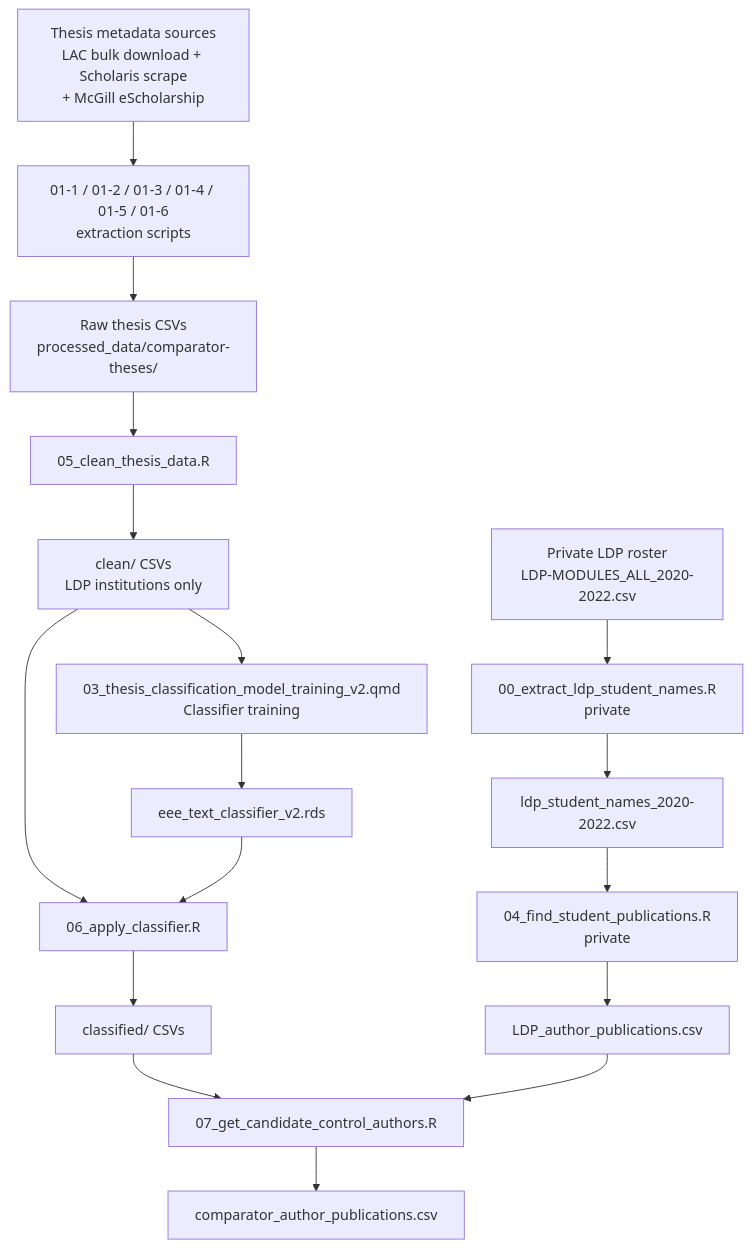
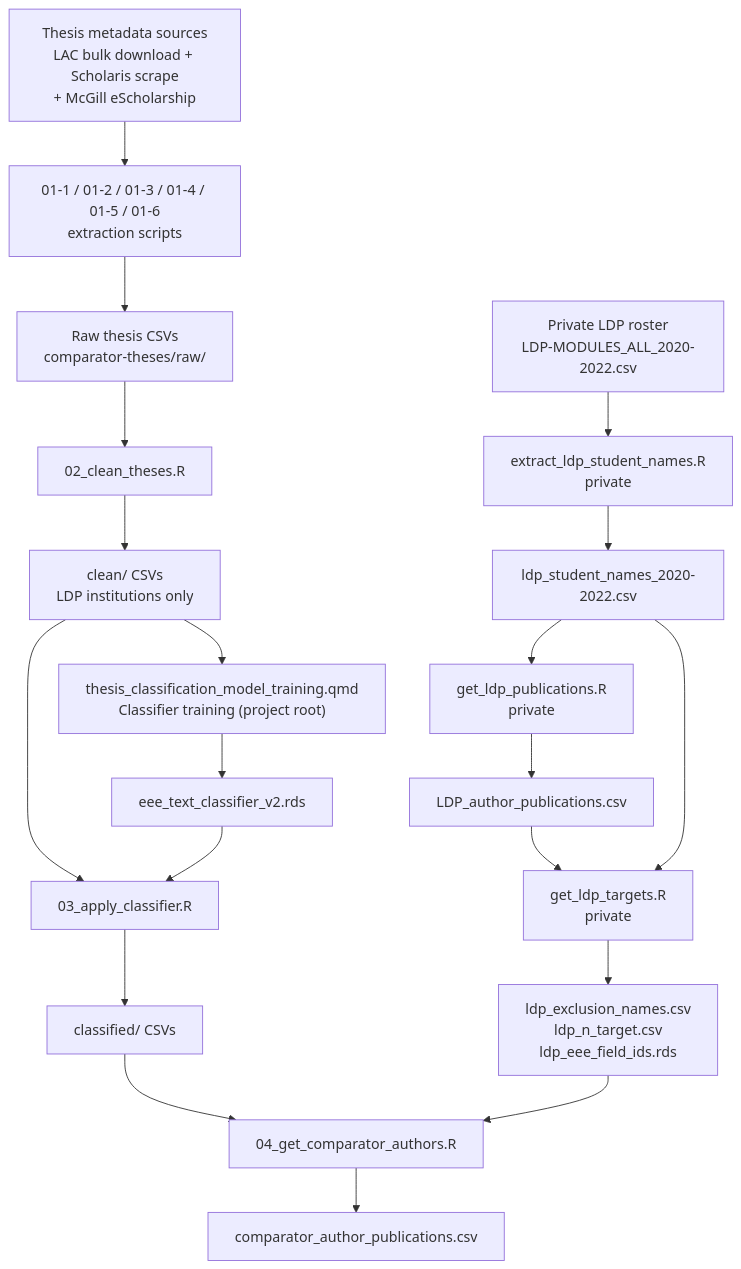
The diagram in README.md (pitherj/LDP_thesis_classification), drawn with Mermaid before and after one commit. The commit also changed other lines of this file, not shown here.

````diff
--- a/README.md
+++ b/README.md
@@ -44,29 +45,32 @@
 ```mermaid
 flowchart TD
     A["Private LDP roster\nLDP-MODULES_ALL_2020-2022.csv"]
-    B["00_extract_ldp_student_names.R\nprivate"]
+    B["extract_ldp_student_names.R\nprivate"]
     C["ldp_student_names_2020-2022.csv"]
-    D["04_find_student_publications.R\nprivate"]
+    D["get_ldp_publications.R\nprivate"]
     E["LDP_author_publications.csv"]
+    T["get_ldp_targets.R\nprivate"]
+    U["ldp_exclusion_names.csv\nldp_n_target.csv\nldp_eee_field_ids.rds"]
 
     F["Thesis metadata sources\nLAC bulk download + Scholaris scrape\n+ McGill eScholarship"]
     G["01-1 / 01-2 / 01-3 / 01-4 / 01-5 / 01-6\nextraction scripts"]
-    H["Raw thesis CSVs\nprocessed_data/comparator-theses/"]
-    I["05_clean_thesis_data.R"]
+    H["Raw thesis CSVs\ncomparator-theses/raw/"]
+    I["02_clean_theses.R"]
     J["clean/ CSVs\nLDP institutions only"]
 
-    K["03_thesis_classification_model_training_v2.qmd\nClassifier training"]
+    K["thesis_classification_model_training.qmd\nClassifier training (project root)"]
     L["eee_text_classifier_v2.rds"]
-    M["06_apply_classifier.R"]
+    M["03_apply_classifier.R"]
     N["classified/ CSVs"]
 
-    O["07_get_candidate_control_authors.R"]
+    O["04_get_comparator_authors.R"]
     P["comparator_author_publications.csv"]
 
-    A --> B --> C --> D --> E
+    A --> B --> C --> D --> E --> T
+    C --> T --> U
     F --> G --> H --> I --> J
     J --> K --> L
     J --> M
     L --> M --> N --> O
-    E --> O --> P
+    U --> O --> P
 ```
````
